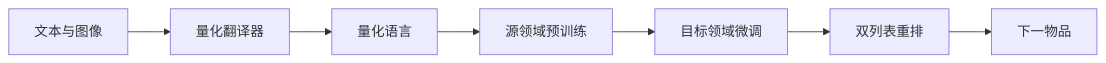
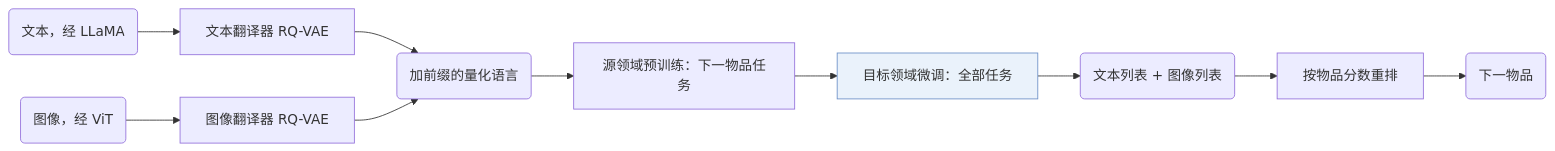
Before and after one commit to Galaxy-ghost/Awesome-SID-Generative-Rec: the diagram in notes/zh/mql4grec.md, drawn with Mermaid. The commit also changed 521 other files, not shown here.

Commit message:
writer-04 part 3: algorithm diagrams with shared shape conventions, README hero and paper cards, archive removed

````diff
--- a/notes/zh/mql4grec.md
+++ b/notes/zh/mql4grec.md
@@ -13,9 +13,13 @@
 ```mermaid
 flowchart LR
-    A[文本与图像] --> B[量化翻译器]
-    B --> C[量化语言]
-    C --> D[源领域预训练]
-    D --> E[目标领域微调]
-    E --> F[双列表重排]
-    F --> G[下一物品]
+    A("文本，经 LLaMA") --> C["文本翻译器 RQ-VAE"]
+    B("图像，经 ViT") --> D["图像翻译器 RQ-VAE"]
+    C --> E("加前缀的量化语言")
+    D --> E
+    E --> F["源领域预训练：下一物品任务"]
+    F --> G["目标领域微调：全部任务"]:::key
+    G --> H("文本列表 + 图像列表")
+    H --> I["按物品分数重排"]
+    I --> J("下一物品")
+    classDef key fill:#eaf2fb,stroke:#6b8fc7
 ```
````
